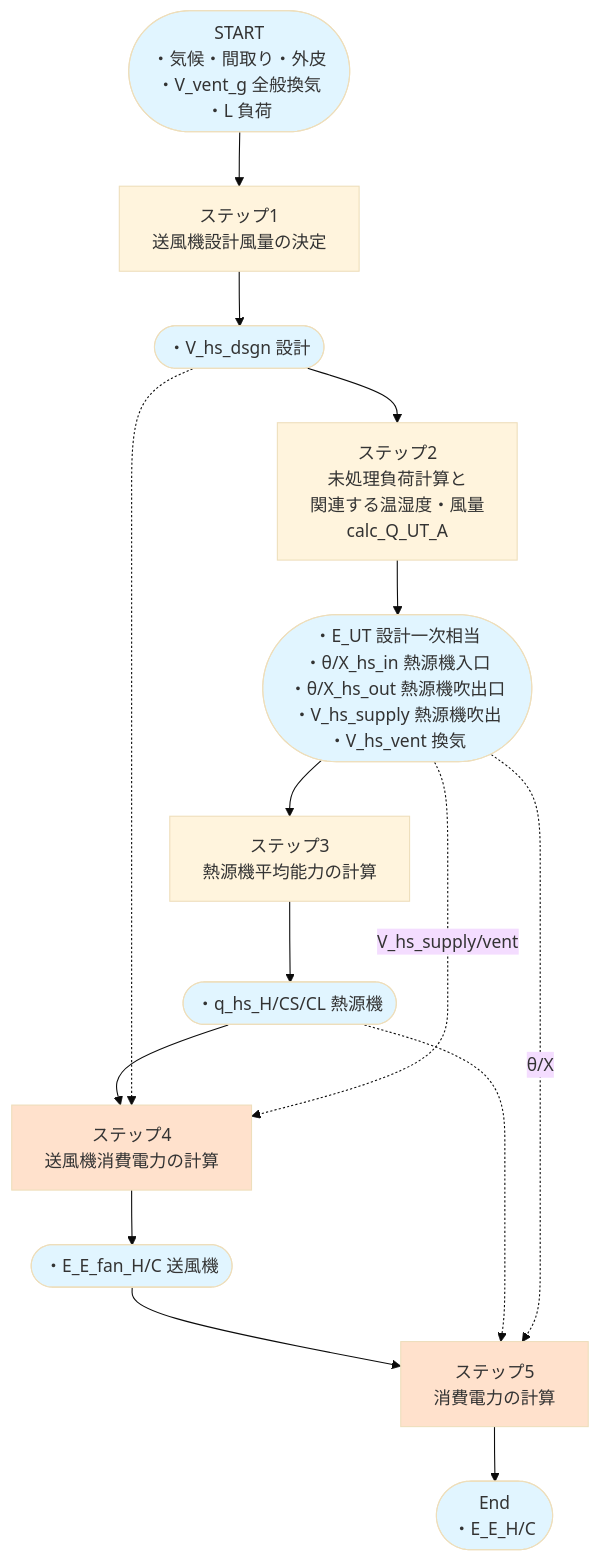
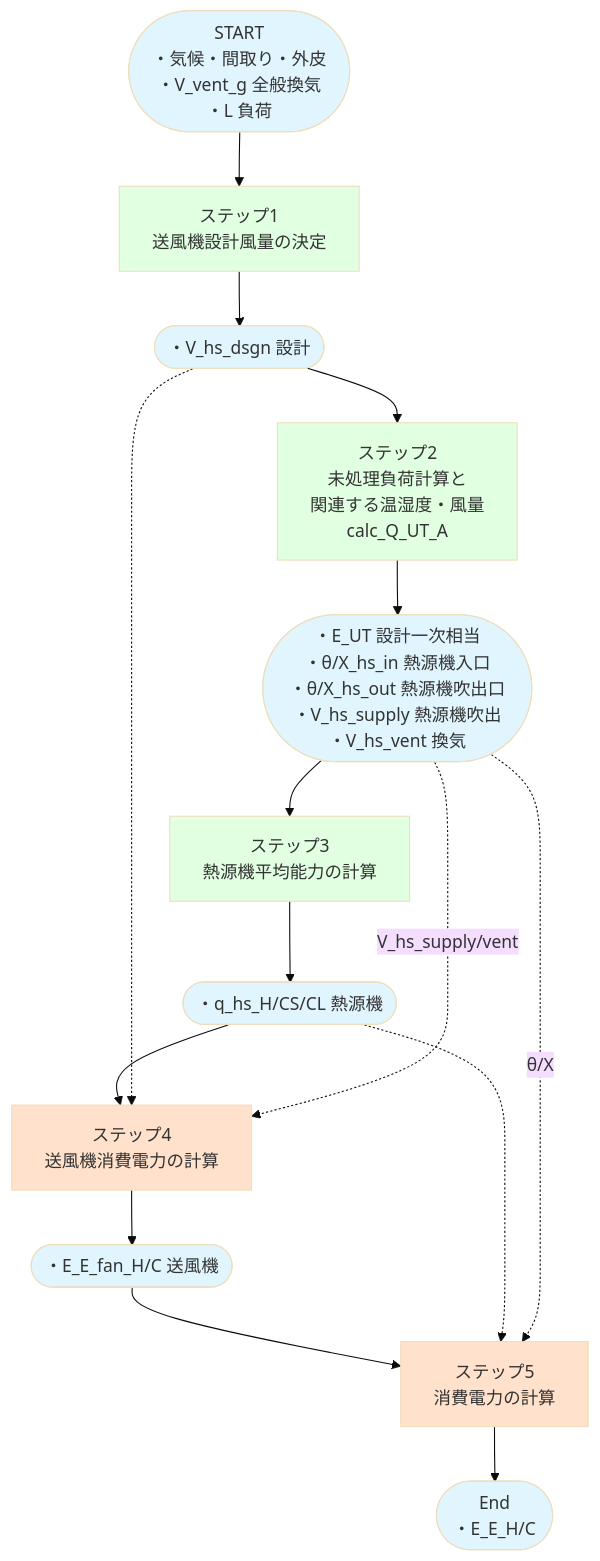
One commit to izumi-system-development/pyhees-jjj changed the first of 6 diagrams in src/docs/プロセスモデル_消費電力計算_標準.md. Above: the diagram before and after it, drawn with Mermaid (base theme). The commit also changed other lines of this file and 2 other files, not shown here.

Commit message:
docs: minor fix

````diff
--- a/src/docs/プロセスモデル_消費電力計算_標準.md
+++ b/src/docs/プロセスモデル_消費電力計算_標準.md
@@ -27,39 +27,40 @@
 ```mermaid
 flowchart TD
 
 Start([START<br/>・気候・間取り・外皮<br/>・V_vent_g 全般換気<br/>・L 負荷]) --> Step1[ステップ1<br/>送風機設計風量の決定]
 
 Step1 --> V_dsgn([・V_hs_dsgn 設計])
 
 V_dsgn --> Step2[ステップ2<br/>未処理負荷計算と<br/>関連する温湿度・風量<br/>calc_Q_UT_A]
 
 Step2 --> Vars([・E_UT 設計一次相当<br/>・θ/X_hs_in 熱源機入口<br/>・θ/X_hs_out 熱源機吹出口<br/>・V_hs_supply 熱源機吹出<br/>・V_hs_vent 換気])
 
 Vars --> Step3[ステップ3<br/>熱源機平均能力の計算]
 
 Step3 --> Q_hs([・q_hs_H/CS/CL 熱源機])
 
 Q_hs --> Step4[ステップ4<br/>送風機消費電力の計算]
 V_dsgn -.-> Step4
 Vars -.V_hs_supply/vent.-> Step4
 
 Step4 --> E_fan([・E_E_fan_H/C 送風機])
 
 E_fan --> Step5[ステップ5<br/>消費電力の計算]
 Q_hs -.-> Step5
 Vars -.θ/X.-> Step5
 
+Step5 --> End([End<br/>・E_E_H/C])
+
+style Step1 fill:#e1ffe1
+style Step2 fill:#e1ffe1
+style Step3 fill:#e1ffe1
 style Step4 fill:#ffe1cc
 style Step5 fill:#ffe1cc
-
-Step5 --> End([End<br/>・E_E_H/C])
 
 style Start fill:#e1f5ff
 style V_dsgn fill:#e1f5ff
 style Vars fill:#e1f5ff
 style Q_hs fill:#e1f5ff
 style E_fan fill:#e1f5ff
 style End fill:#e1f5ff
-style Step4 fill:#ffe1cc
-style Step5 fill:#ffe1cc
 ```
````
